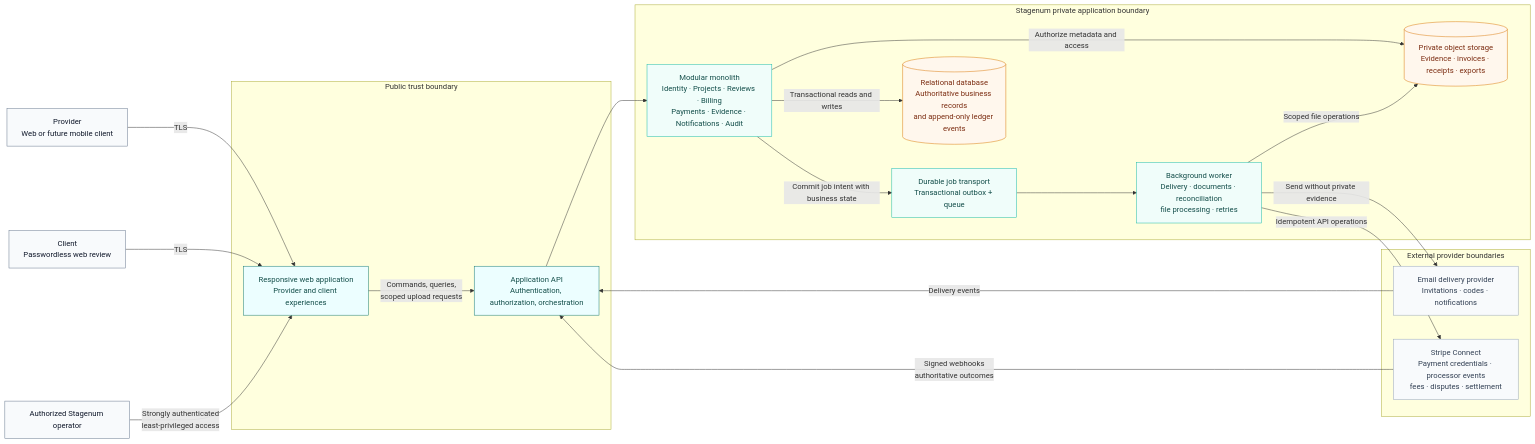
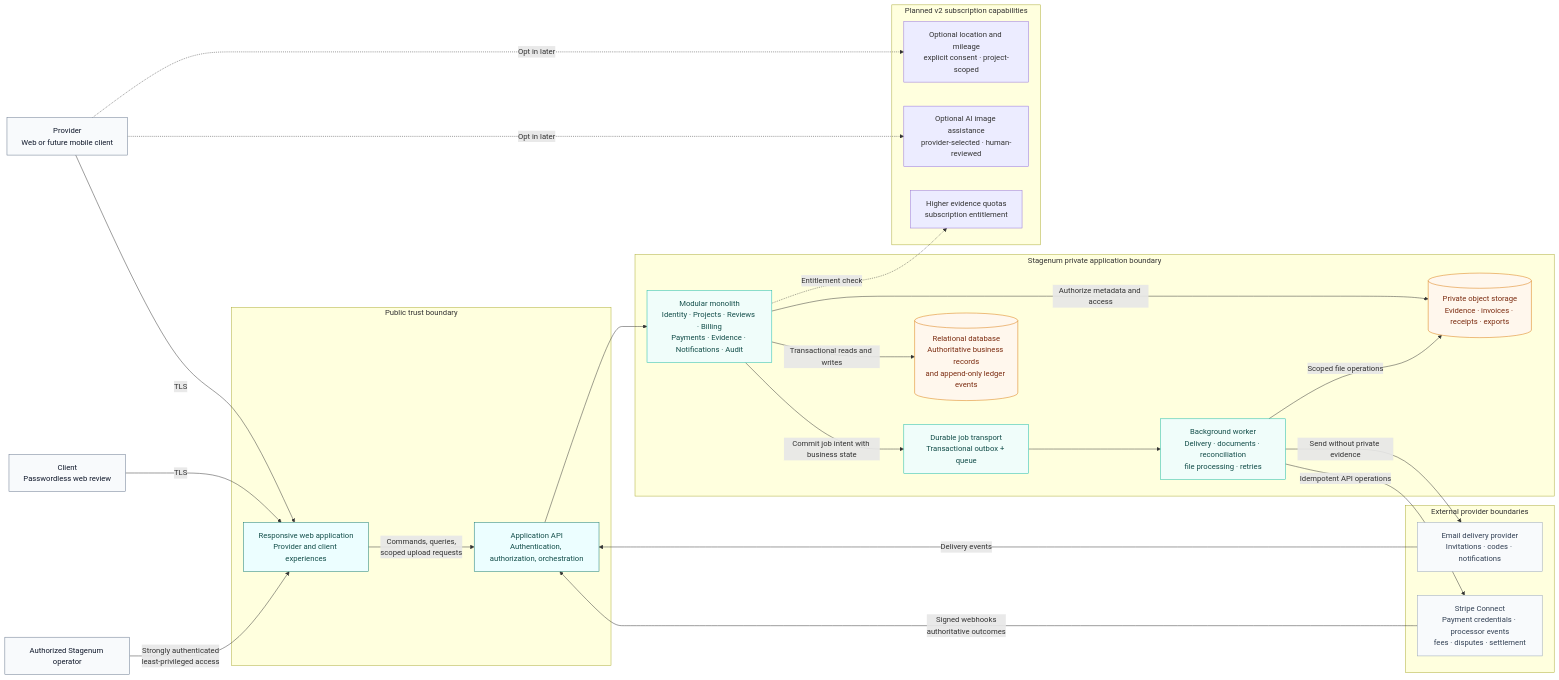
One commit to atreyhazelhispanic/stagenum changed the diagram in docs/architecture/diagrams/system-containers.mmd. Above: the diagram before and after it, drawn with Mermaid. The commit also changed 29 other files, not shown here.

```diff
--- a/docs/architecture/diagrams/system-containers.mmd
+++ b/docs/architecture/diagrams/system-containers.mmd
@@ -1,49 +1,58 @@
 flowchart LR
     provider["Provider\nWeb or future mobile client"]
     client["Client\nPasswordless web review"]
     operator["Authorized Stagenum operator"]
 
     subgraph edge["Public trust boundary"]
         web["Responsive web application\nProvider and client experiences"]
         api["Application API\nAuthentication, authorization, orchestration"]
     end
 
     subgraph app["Stagenum private application boundary"]
         modules["Modular monolith\nIdentity · Projects · Reviews · Billing\nPayments · Evidence · Notifications · Audit"]
         worker["Background worker\nDelivery · documents · reconciliation\nfile processing · retries"]
         outbox["Durable job transport\nTransactional outbox + queue"]
         db[("Relational database\nAuthoritative business records\nand append-only ledger events")]
         objects[("Private object storage\nEvidence · invoices · receipts · exports")]
     end
 
     subgraph external["External provider boundaries"]
         email["Email delivery provider\nInvitations · codes · notifications"]
         stripe["Stripe Connect\nPayment credentials · processor events\nfees · disputes · settlement"]
     end
 
+    subgraph v2["Planned v2 subscription capabilities"]
+        gps["Optional location and mileage\nexplicit consent · project-scoped"]
+        ai["Optional AI image assistance\nprovider-selected · human-reviewed"]
+        quota["Higher evidence quotas\nsubscription entitlement"]
+    end
+
     provider -->|"TLS"| web
     client -->|"TLS"| web
     operator -->|"Strongly authenticated\nleast-privileged access"| web
     web -->|"Commands, queries,\nscoped upload requests"| api
     api --> modules
     modules -->|"Transactional reads and writes"| db
     modules -->|"Authorize metadata and access"| objects
     modules -->|"Commit job intent with business state"| outbox
     outbox --> worker
     worker -->|"Scoped file operations"| objects
     worker -->|"Send without private evidence"| email
     worker -->|"Idempotent API operations"| stripe
     stripe -->|"Signed webhooks\nauthoritative outcomes"| api
     email -->|"Delivery events"| api
+    provider -.->|"Opt in later"| gps
+    provider -.->|"Opt in later"| ai
+    modules -.->|"Entitlement check"| quota
 
     classDef actor fill:#f8fafc,stroke:#64748b,color:#0f172a;
     classDef surface fill:#ecfeff,stroke:#0f766e,color:#134e4a;
     classDef service fill:#f0fdfa,stroke:#14b8a6,color:#134e4a;
     classDef data fill:#fff7ed,stroke:#d97706,color:#7c2d12;
     classDef outside fill:#f8fafc,stroke:#94a3b8,color:#334155;
 
     class provider,client,operator actor;
     class web,api surface;
     class modules,worker,outbox service;
     class db,objects data;
     class email,stripe outside;
```
